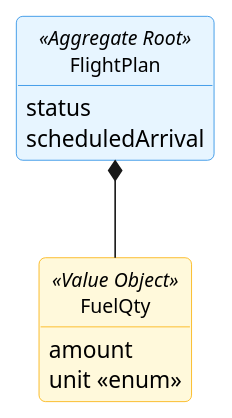
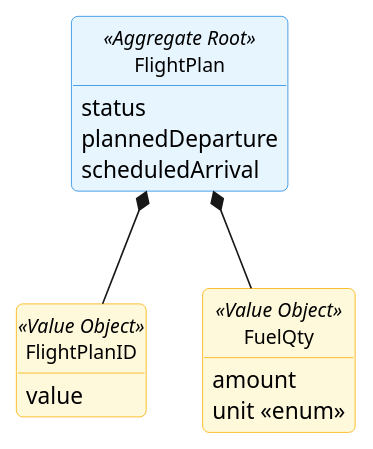
The diagram in docs/global-artifacts/02.analysis/puml/Aggregates/FlightPlanAggregate.puml (GustavoFerreira24/flight-management-platform), drawn with PlantUML before and after one commit. The commit also changed 6 other files, not shown here.

```diff
--- a/docs/global-artifacts/02.analysis/puml/Aggregates/FlightPlanAggregate.puml
+++ b/docs/global-artifacts/02.analysis/puml/Aggregates/FlightPlanAggregate.puml
@@ -1,38 +1,44 @@
 @startuml
 skinparam {
     BackgroundColor white
     RoundCorner 8
     Shadowing false
     Handwritten false
     ClassAttributeIconSize 0
 
     ClassBackgroundColor white
     ClassBorderColor #495057
     ClassFontSize 12
 
     ClassBackgroundColor<<Aggregate Root>> #E7F5FF
     ClassBorderColor<<Aggregate Root>> #228BE6
 
     ClassBackgroundColor<<Value Object>> #FFF9DB
     ClassBorderColor<<Value Object>> #FAB005
 
     ClassBackgroundColor<<Entity>> #F3F0FF
     ClassBorderColor<<Entity>> #7950F2
 }
 hide circle
 hide methods
 
 class FlightPlan <<Aggregate Root>> {
     status
+    plannedDeparture
     scheduledArrival
+}
+
+class FlightPlanID <<Value Object>> {
+        value
 }
 
 class FuelQty <<Value Object>> {
     amount
     unit <<enum>>
 }
 
 
 FlightPlan *-- FuelQty
+FlightPlan *-- FlightPlanID
 
 @enduml
```
